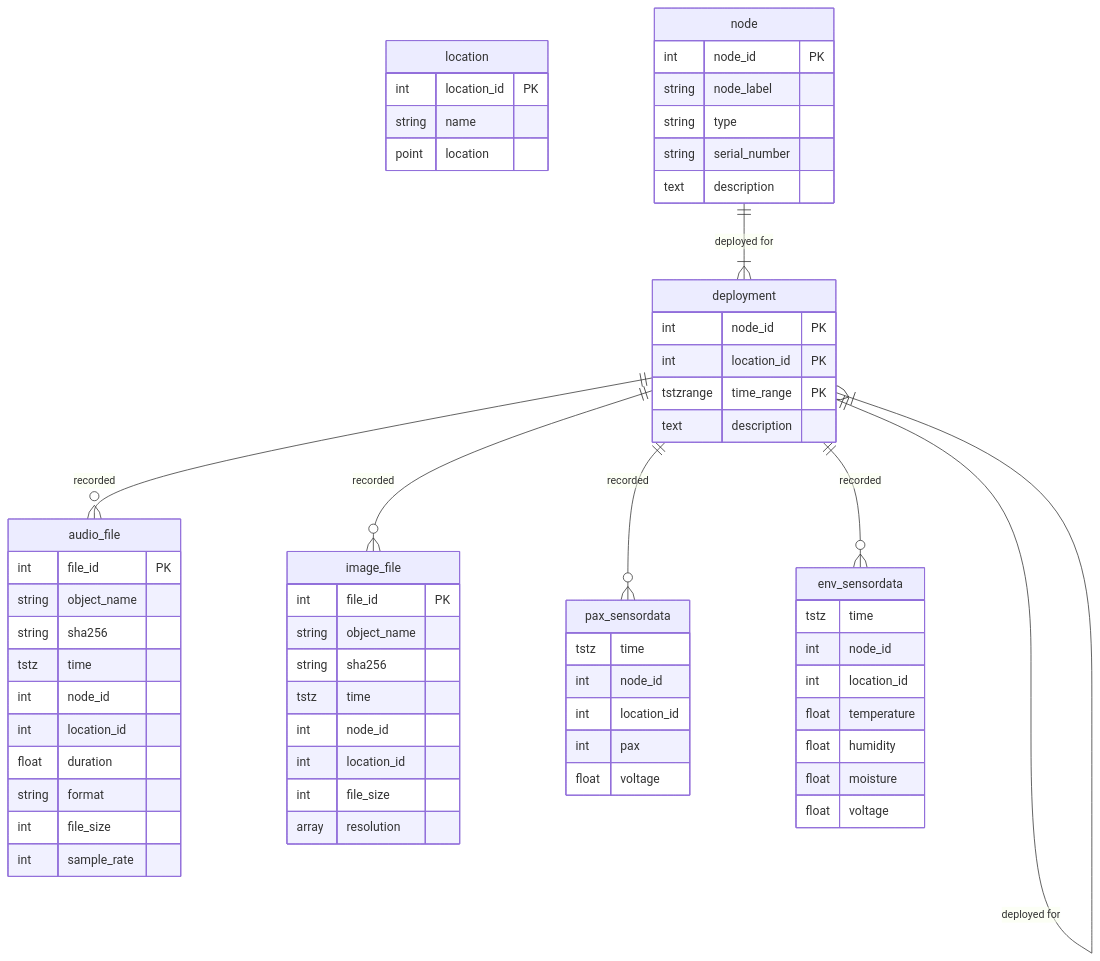
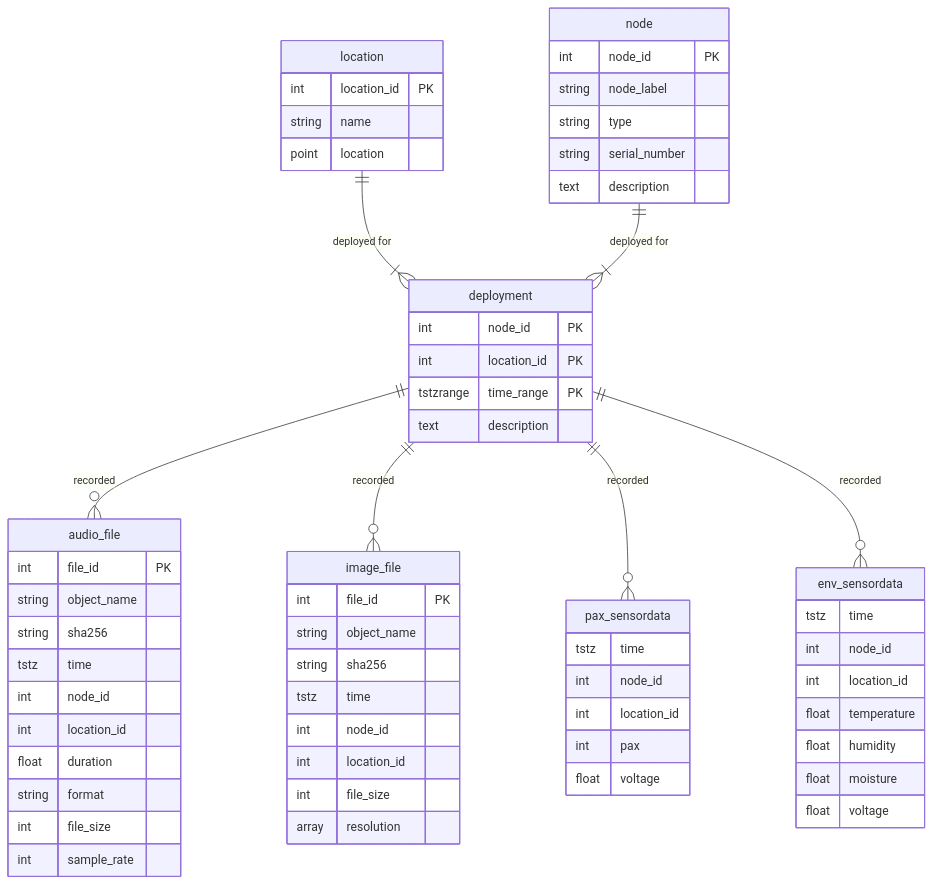
One commit to mitwelten/mitwelten-db-backend changed the diagram in schema/NOTES.md. Above: the diagram before and after it, drawn with Mermaid.

````diff
--- a/schema/NOTES.md
+++ b/schema/NOTES.md
@@ -168,66 +168,66 @@
 ```mermaid
 erDiagram
     location {
       int location_id PK
       string name
       point location
     }
     node {
       int node_id PK
       string node_label
       string type
       string serial_number
       text description
     }
-    deployment ||--|{ deployment : "deployed for"
+    location ||--|{ deployment : "deployed for"
     node     ||--|{ deployment : "deployed for"
     deployment {
       int node_id PK
       int location_id PK
       tstzrange time_range PK
       text description
     }
     deployment ||--o{ audio_file : "recorded"
     deployment ||--o{ image_file : "recorded"
     deployment ||--o{ pax_sensordata : "recorded"
     deployment ||--o{ env_sensordata : "recorded"
     image_file {
       int file_id PK
       string object_name
       string sha256
       tstz time
       int node_id
       int location_id
       int file_size
       array resolution
     }
     audio_file {
       int file_id PK
       string object_name
       string sha256
       tstz time
       int node_id
       int location_id
       float duration
       string format
       int file_size
       int sample_rate
     }
     pax_sensordata {
       tstz time
       int node_id
       int location_id
       int pax
       float voltage
     }
     env_sensordata {
       tstz time
       int node_id
       int location_id
       float temperature
       float humidity
       float moisture
       float voltage
     }
 
 ```
````
